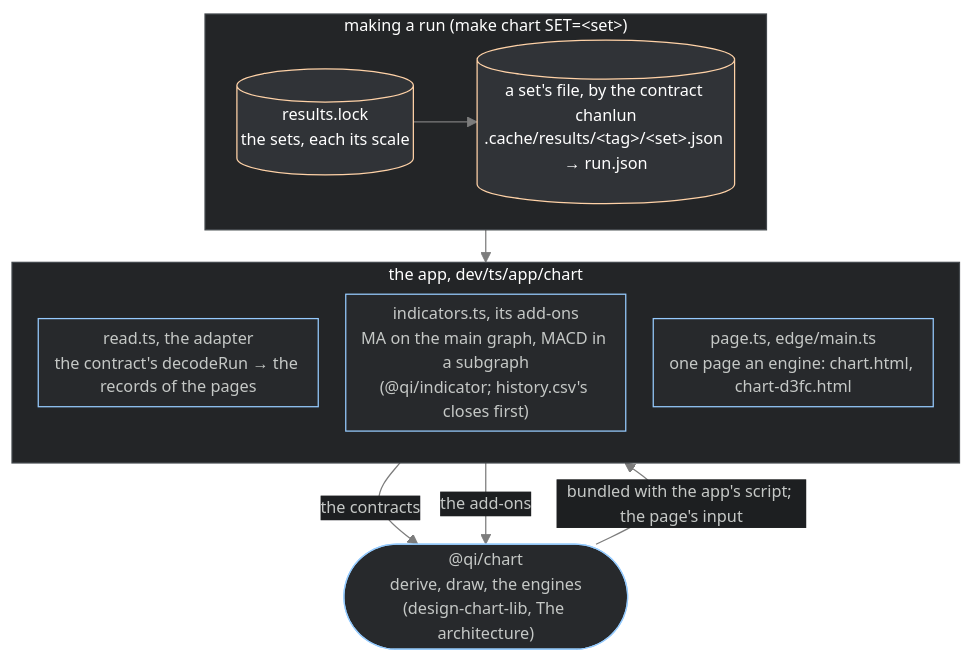
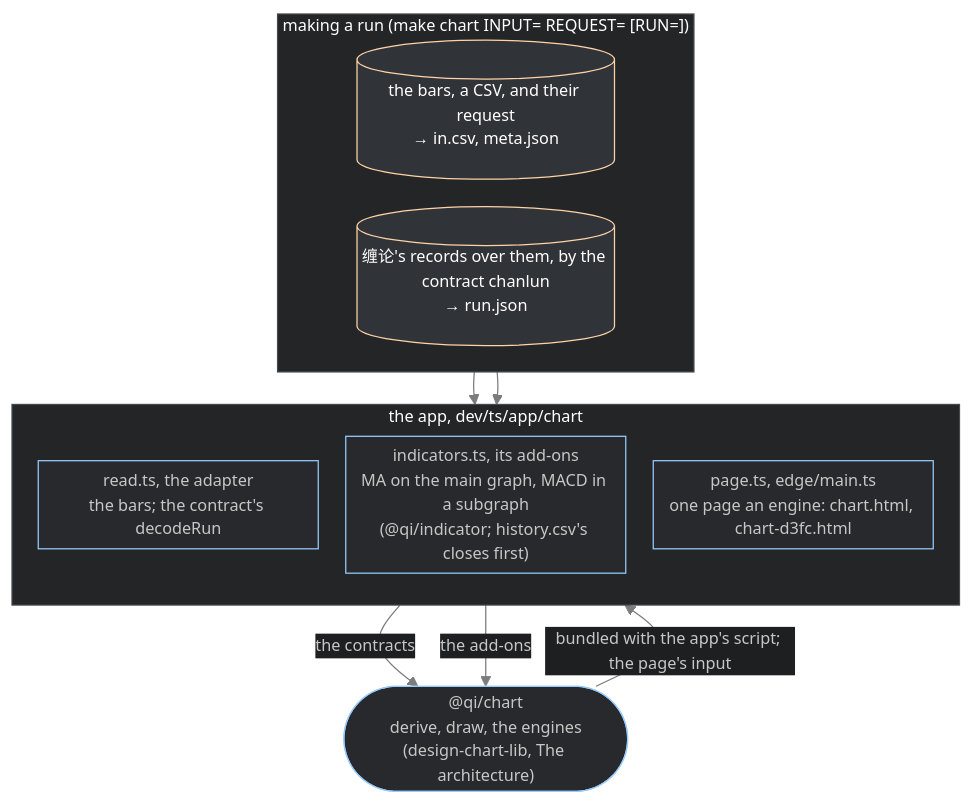
One commit to zhifengzhang-sz/qi-v2-visualization changed the diagram in docs/designs/design-chart-app-2026-10-24.md. Above: the diagram before and after it, drawn with Mermaid. The commit also changed other lines of this file and 70 other files, not shown here.

````diff
--- a/docs/designs/design-chart-app-2026-10-24.md
+++ b/docs/designs/design-chart-app-2026-10-24.md
@@ -13,22 +13,23 @@
 ```mermaid
 %%{init: {"theme": "base", "themeVariables": {"background": "#1d1f21", "mainBkg": "#27292c", "primaryColor": "#27292c", "primaryTextColor": "#c5c8c6", "primaryBorderColor": "#96cbfe", "secondaryColor": "#27292c", "tertiaryColor": "#232527", "lineColor": "#7c7c7c", "textColor": "#c5c8c6", "edgeLabelBackground": "#1d1f21", "clusterBkg": "#232527", "clusterBorder": "#43484c", "titleColor": "#ffffff", "fontFamily": "Helvetica Neue, Helvetica, Segoe UI, Arial, sans-serif", "fontSize": "13px"}, "flowchart": {"nodeSpacing": 22, "rankSpacing": 26, "padding": 6}}}%%
 flowchart TB
-    subgraph RUN ["making a run (make chart SET=&lt;set&gt;)"]
+    subgraph RUN ["making a run (make chart INPUT= REQUEST= [RUN=])"]
         direction LR
-        LOCK[("results.lock<br/>the sets, each its scale")]:::src
-        SET[("a set's file, by the contract chanlun<br/>.cache/results/&lt;tag&gt;/&lt;set&gt;.json → run.json")]:::src
+        BARS[("the bars, a CSV, and their request<br/>→ in.csv, meta.json")]:::src
+        CHAN[("缠论's records over them, by the contract chanlun<br/>→ run.json")]:::src
     end
     subgraph APP ["the app, dev/ts/app/chart"]
         direction TB
-        READ["read.ts, the adapter<br/>the contract's decodeRun → the records of the pages"]
+        READ["read.ts, the adapter<br/>the bars; the contract's decodeRun"]
         ADDS["indicators.ts, its add-ons<br/>MA on the main graph, MACD in a subgraph<br/>(@qi/indicator; history.csv's closes first)"]
         PAGE["page.ts, edge/main.ts<br/>one page an engine: chart.html, chart-d3fc.html"]
     end
     LIB(["@qi/chart<br/>derive, draw, the engines<br/>(design-chart-lib, The architecture)"])
-    LOCK --> SET --> READ
+    BARS --> READ
+    CHAN --> READ
     READ -- "the contracts" --> LIB
     ADDS -- "the add-ons" --> LIB
     LIB -- "bundled with the app's script; the page's input" --> PAGE
     classDef default fill:#27292c,stroke:#96cbfe,color:#c5c8c6
     classDef src fill:#303337,stroke:#ffd2a7,color:#ffffff
 ```
````
